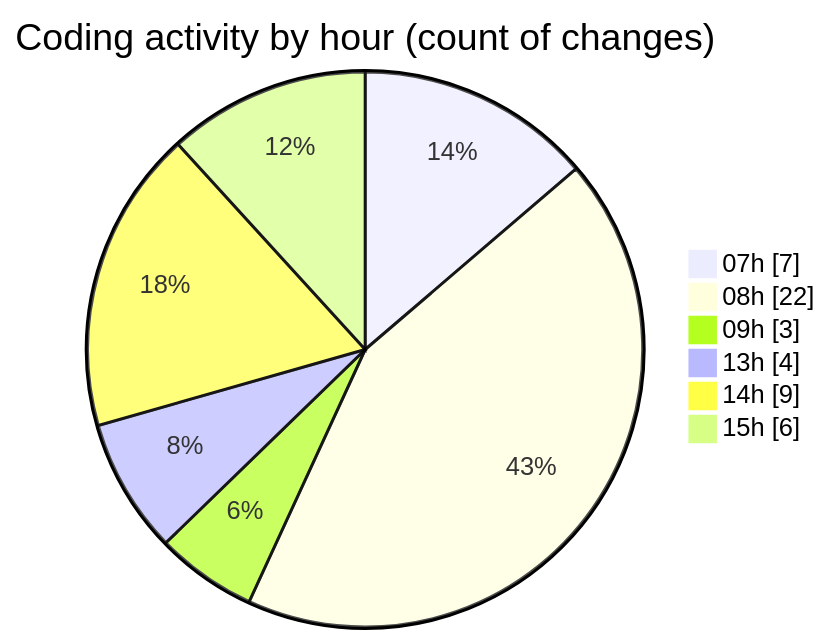
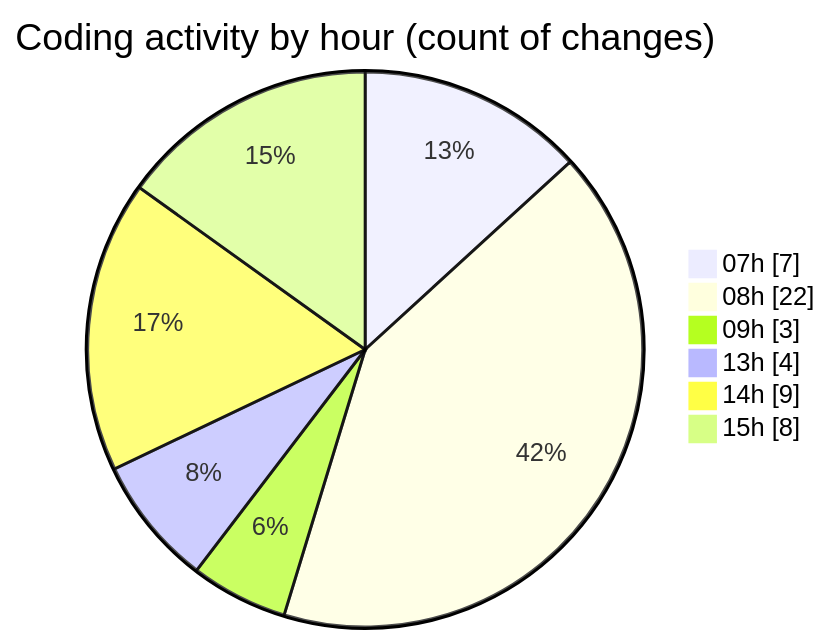
Before and after one commit to Elitesun/code-tracking: the second of 2 diagrams in 2025-05-04/niten/README.md, drawn with Mermaid. The commit also changed other lines of this file and 1 other file, not shown here.

````diff
--- a/2025-05-04/niten/README.md
+++ b/2025-05-04/niten/README.md
@@ -46,10 +47,10 @@
 ```mermaid
 pie showData
 title Coding activity by hour (count of changes)
 "07h" : 7
 "08h" : 22
 "09h" : 3
 "13h" : 4
 "14h" : 9
-"15h" : 6
+"15h" : 8
 ```
````
